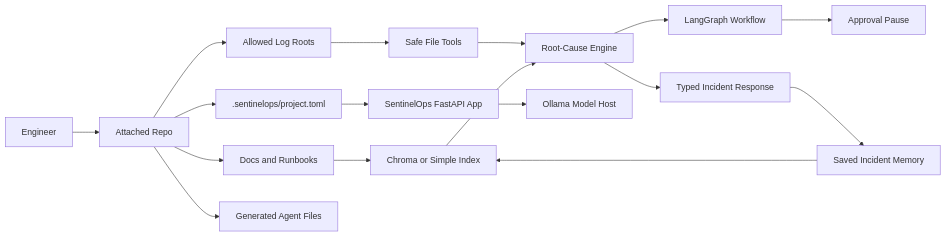
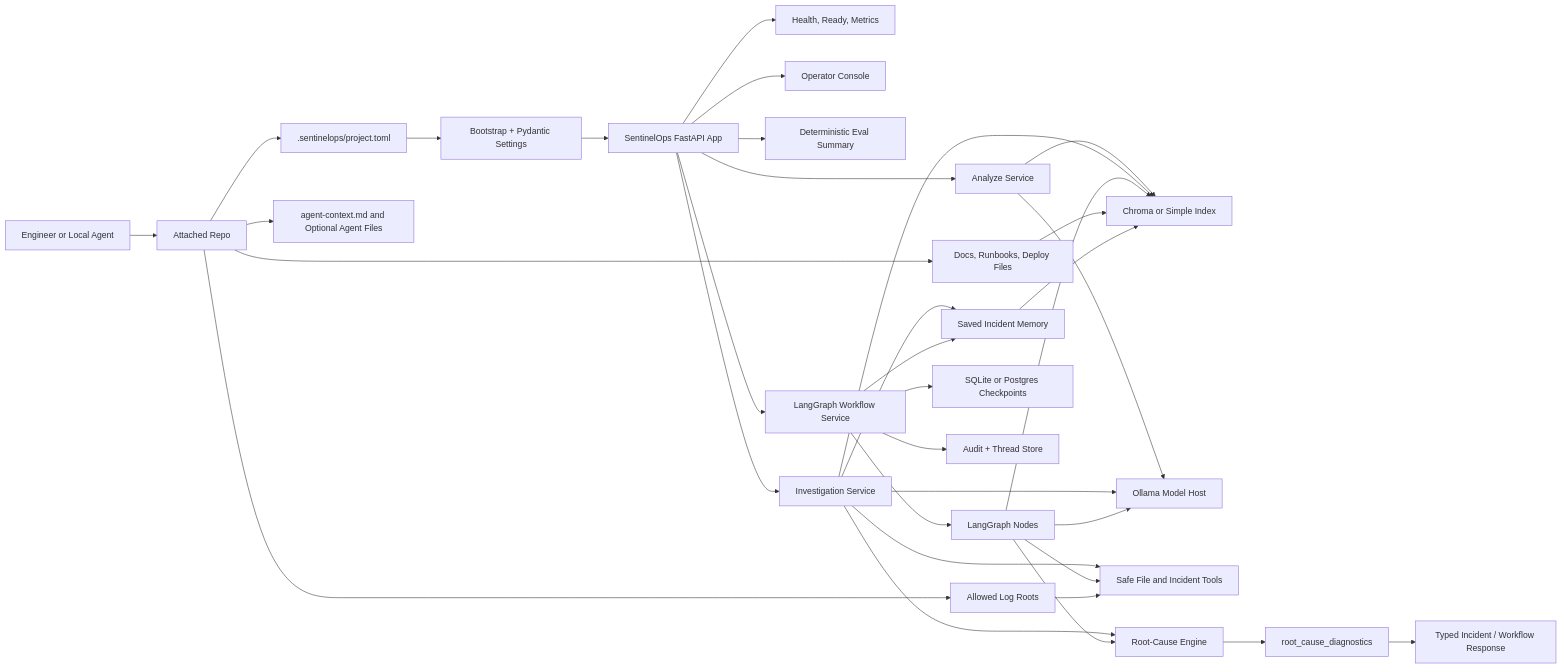
One commit to saikumar1767/Sentinel-Ops changed the diagram in README.md. Above: the diagram before and after it, drawn with Mermaid. The commit also changed other lines of this file and 8 other files, not shown here.

````diff
--- a/README.md
+++ b/README.md
@@ -265,19 +271,36 @@
 ```mermaid
 flowchart LR
-    Engineer["Engineer"] --> Repo["Attached Repo"]
+    Engineer["Engineer or Local Agent"] --> Repo["Attached Repo"]
     Repo --> Config[".sentinelops/project.toml"]
-    Repo --> Docs["Docs and Runbooks"]
+    Repo --> Context["agent-context.md and Optional Agent Files"]
+    Repo --> Docs["Docs, Runbooks, Deploy Files"]
     Repo --> Logs["Allowed Log Roots"]
-    Repo --> Agents["Generated Agent Files"]
-    Config --> API["SentinelOps FastAPI App"]
-    Docs --> Retrieval["Chroma or Simple Index"]
-    Logs --> Tools["Safe File Tools"]
-    Tools --> Brain["Root-Cause Engine"]
-    Retrieval --> Brain
-    Brain --> Workflow["LangGraph Workflow"]
-    Brain --> Response["Typed Incident Response"]
-    Workflow --> Approval["Approval Pause"]
-    Response --> Memory["Saved Incident Memory"]
+    Config --> Runtime["Bootstrap + Pydantic Settings"]
+    Runtime --> API["SentinelOps FastAPI App"]
+    API --> System["Health, Ready, Metrics"]
+    API --> Console["Operator Console"]
+    API --> Eval["Deterministic Eval Summary"]
+    API --> Analyze["Analyze Service"]
+    API --> Investigate["Investigation Service"]
+    API --> Workflow["LangGraph Workflow Service"]
+    Analyze --> Retrieval["Chroma or Simple Index"]
+    Analyze --> Ollama["Ollama Model Host"]
+    Investigate --> Tools["Safe File and Incident Tools"]
+    Investigate --> Retrieval
+    Investigate --> Brain["Root-Cause Engine"]
+    Investigate --> Ollama
+    Workflow --> Graph["LangGraph Nodes"]
+    Graph --> Tools
+    Graph --> Retrieval
+    Graph --> Brain
+    Graph --> Ollama
+    Workflow --> Checkpoints["SQLite or Postgres Checkpoints"]
+    Workflow --> Audit["Audit + Thread Store"]
+    Docs --> Retrieval
+    Logs --> Tools
+    Brain --> Diagnostics["root_cause_diagnostics"]
+    Diagnostics --> Response["Typed Incident / Workflow Response"]
+    Investigate --> Memory["Saved Incident Memory"]
+    Workflow --> Memory
     Memory --> Retrieval
-    API --> Ollama["Ollama Model Host"]
 ```
````
